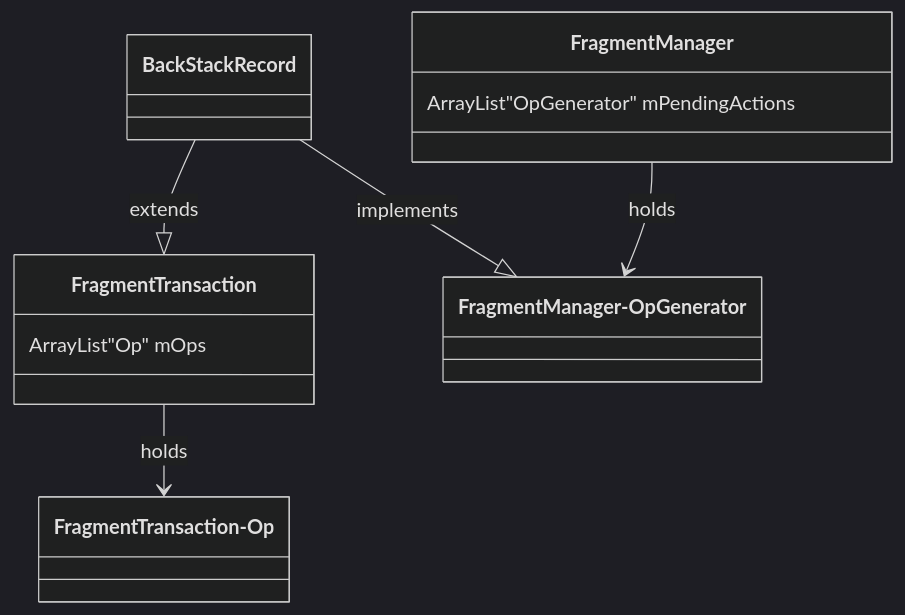
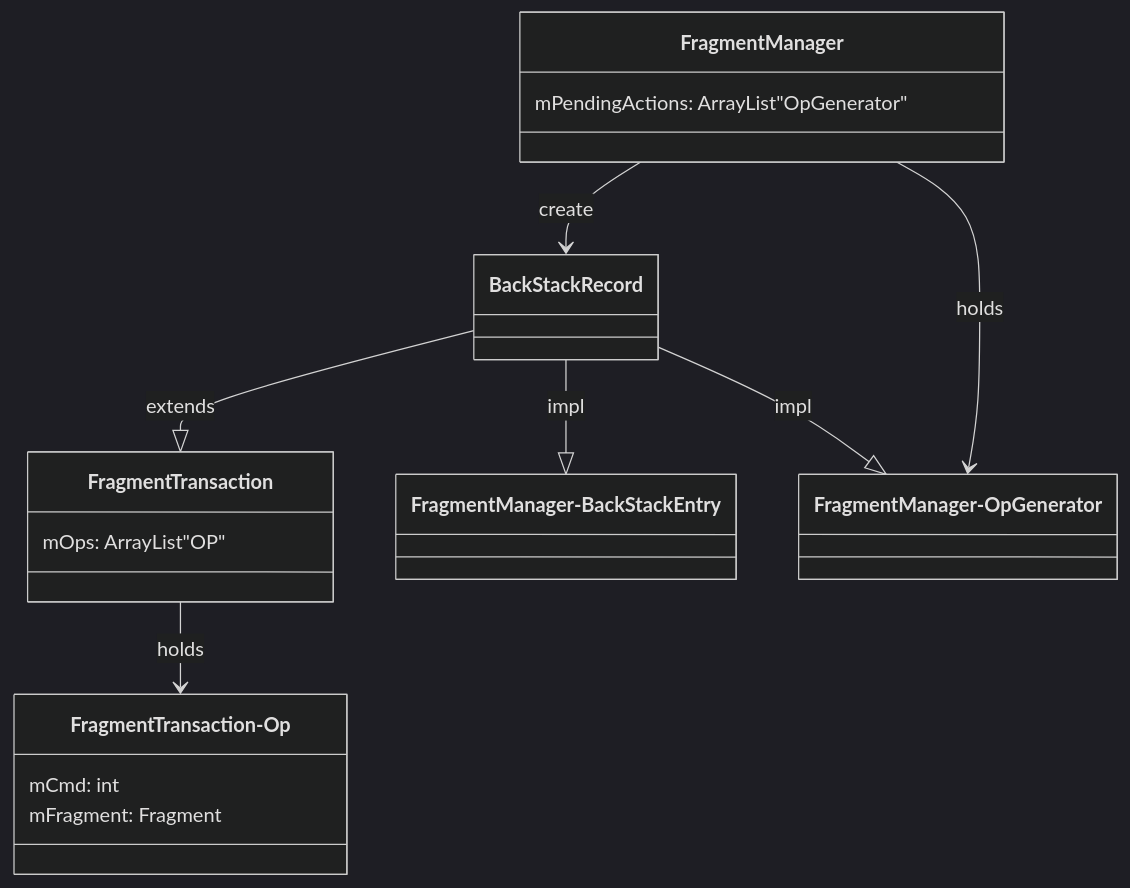
One commit to swithun-liu/swithun-liu.github.io changed diagram 27 of 35 in source/_posts/Android/Fragment原理.md. Above: the diagram before and after it, drawn with Mermaid (dark theme). The commit also changed other lines of this file, not shown here.

````diff
--- a/source/_posts/Android/Fragment原理.md
+++ b/source/_posts/Android/Fragment原理.md
@@ -1484,17 +1570,23 @@
     ```mermaid
     classDiagram
     class FragmentTransaction {
-        ArrayList"Op" mOps
+        mOps: ArrayList"OP"
     }
     class BackStackRecord
-    class FragmentTransaction-Op
+    class FragmentManager {
+        mPendingActions: ArrayList"OpGenerator"
+    }
+    class FragmentManager-BackStackEntry
     class FragmentManager-OpGenerator
-    class FragmentManager {
-        ArrayList"OpGenerator" mPendingActions
+    class FragmentTransaction-Op {
+        mCmd: int
+        mFragment: Fragment
     }
 
-    BackStackRecord--|>FragmentTransaction: extends
-    FragmentTransaction-->FragmentTransaction-Op: holds
-    BackStackRecord--|> FragmentManager-OpGenerator: implements
-    FragmentManager-->FragmentManager-OpGenerator: holds
+    BackStackRecord --|> FragmentTransaction: extends
+    BackStackRecord --|> FragmentManager-BackStackEntry: impl
+    BackStackRecord --|> FragmentManager-OpGenerator: impl
+    FragmentManager --> BackStackRecord: create
+    FragmentTransaction --> FragmentTransaction-Op: holds
+    FragmentManager --> FragmentManager-OpGenerator: holds
     ```
````
